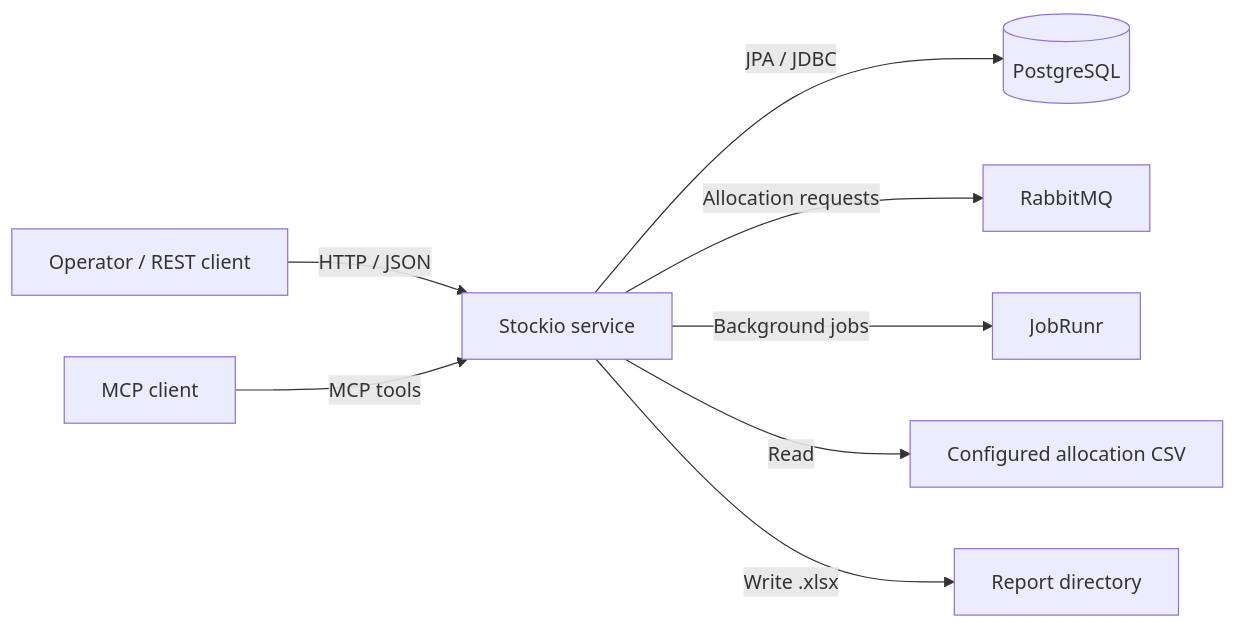
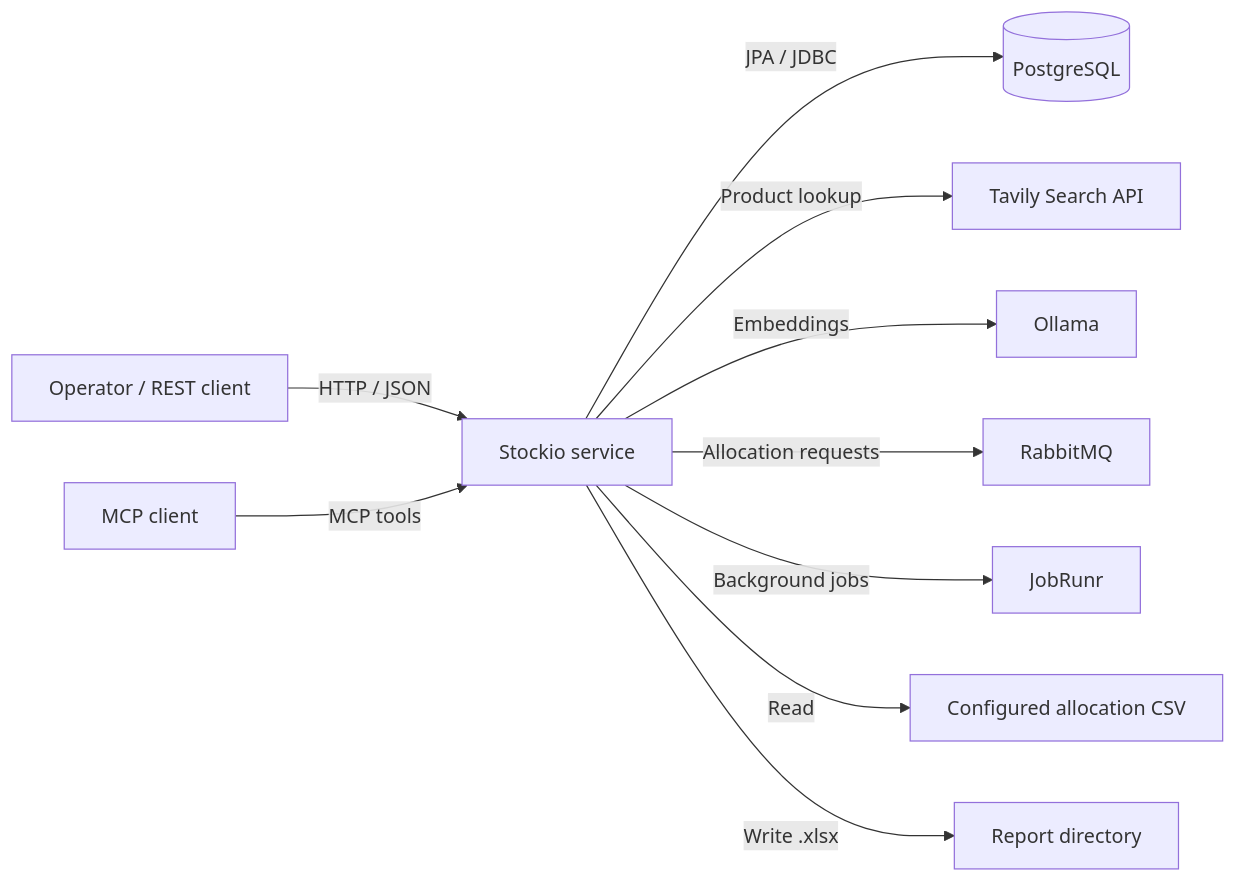
One commit to vriesjo/stockio changed the first of 2 diagrams in docs/architecture.md. Above: the diagram before and after it, drawn with Mermaid. The commit also changed other lines of this file and 77 other files, not shown here.

````diff
--- a/docs/architecture.md
+++ b/docs/architecture.md
@@ -22,10 +22,12 @@
 ```mermaid
 flowchart LR
     Operator["Operator / REST client"] -->|"HTTP / JSON"| API["Stockio service"]
     Agent["MCP client"] -->|"MCP tools"| API
     API -->|"JPA / JDBC"| DB[("PostgreSQL")]
+    API -->|"Product lookup"| Tavily["Tavily Search API"]
+    API -->|"Embeddings"| Ollama["Ollama"]
     API -->|"Allocation requests"| Rabbit["RabbitMQ"]
     API -->|"Background jobs"| JobRunr["JobRunr"]
     API -->|"Read"| CSV["Configured allocation CSV"]
     API -->|"Write .xlsx"| Reports["Report directory"]
 ```
````
